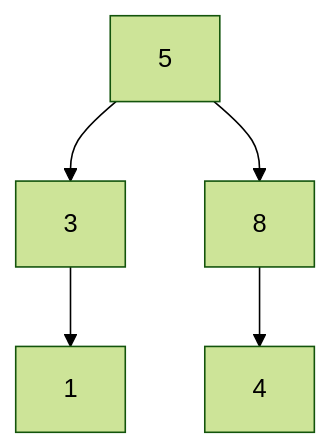
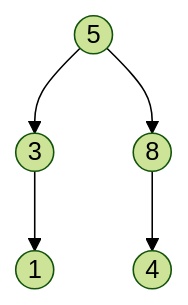
One commit to 3strategy/BeautifulMivney changed the first of 28 diagrams in cst/6binnode/Ex6a1binnode.md. Above: the diagram before and after it, drawn with Mermaid (forest theme). The commit also changed other lines of this file and 3 other files, not shown here.

````diff
--- a/cst/6binnode/Ex6a1binnode.md
+++ b/cst/6binnode/Ex6a1binnode.md
@@ -38,7 +38,7 @@
     ```mermaid
         flowchart TB
-          A[5] --> B[3]
-          A --> C[8]
-          B --> D[1]:::leaf
-          C --> E[4]:::leaf
+          A((5)) --> B((3))
+          A --> C((8))
+          B --> D((1)):::leaf
+          C --> E((4)):::leaf
     ```
````
